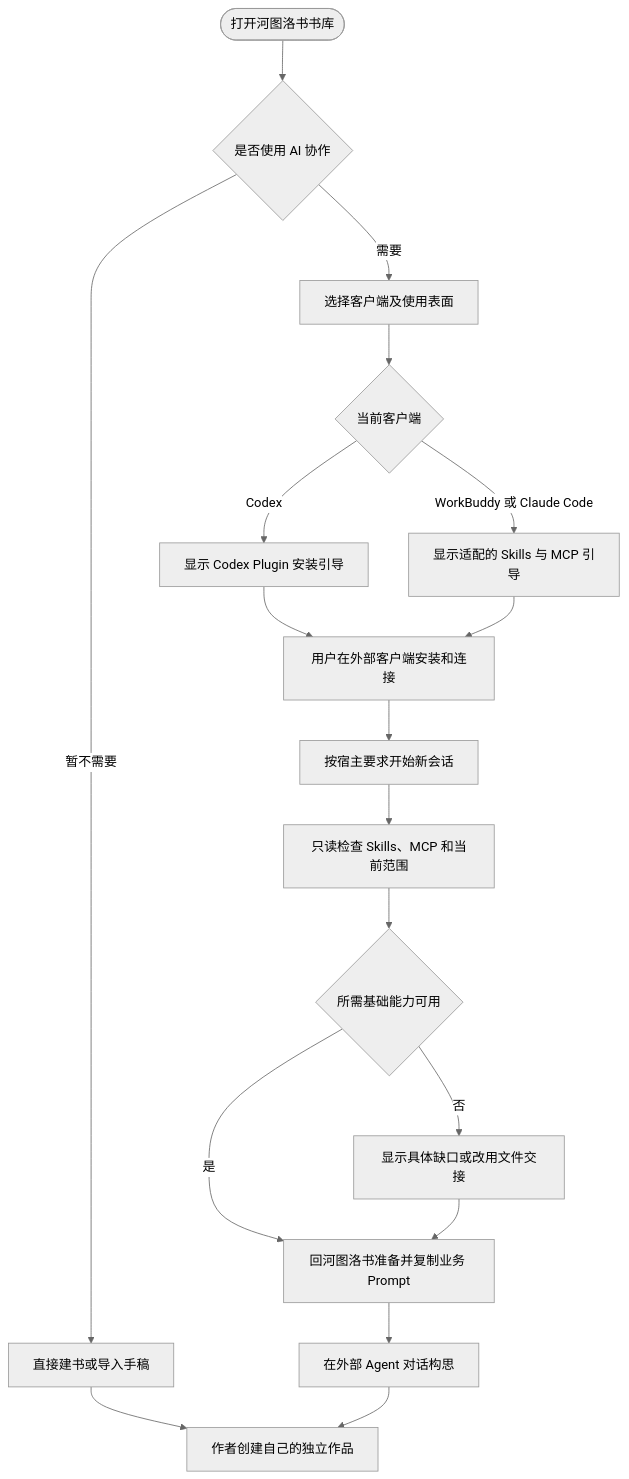
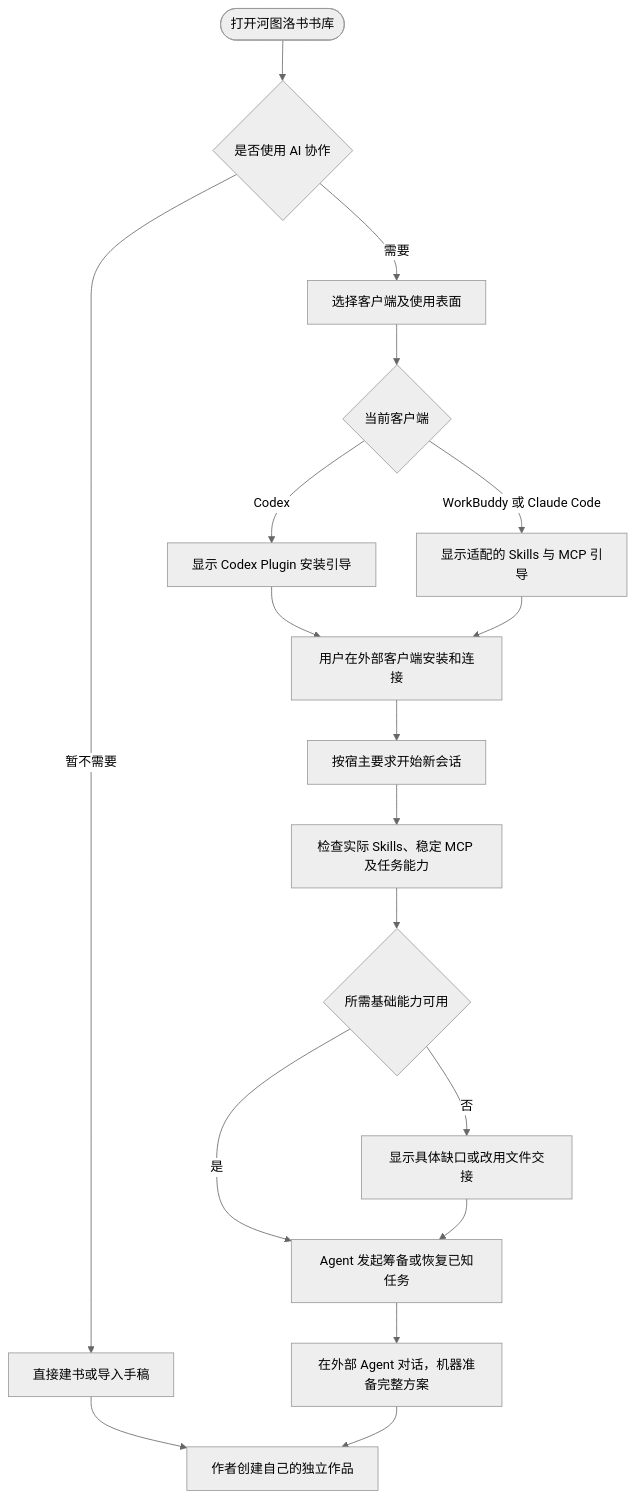
One commit to limecloud/hetu changed the third of 48 diagrams in docs/23-业务流程与MCP时序.md. Above: the diagram before and after it, drawn with Mermaid (neutral theme). The commit also changed other lines of this file and 993 other files, not shown here.

````diff
--- a/docs/23-业务流程与MCP时序.md
+++ b/docs/23-业务流程与MCP时序.md
@@ -73,20 +75,20 @@
 ```mermaid
 flowchart TD
     start(["打开河图洛书书库"]) --> mode{"是否使用 AI 协作"}
     mode -->|"暂不需要"| manual["直接建书或导入手稿"]
     mode -->|"需要"| choose["选择客户端及使用表面"]
     choose --> type{"当前客户端"}
     type -->|"Codex"| plugin["显示 Codex Plugin 安装引导"]
     type -->|"WorkBuddy 或 Claude Code"| skills["显示适配的 Skills 与 MCP 引导"]
     plugin --> install["用户在外部客户端安装和连接"]
     skills --> install
     install --> newSession["按宿主要求开始新会话"]
-    newSession --> check["只读检查 Skills、MCP 和当前范围"]
+    newSession --> check["检查实际 Skills、稳定 MCP 及任务能力"]
     check --> usable{"所需基础能力可用"}
-    usable -->|"是"| task["回河图洛书准备并复制业务 Prompt"]
+    usable -->|"是"| task["Agent 发起筹备或恢复已知任务"]
     usable -->|"否"| resolve["显示具体缺口或改用文件交接"]
     resolve --> task
     manual --> book["作者创建自己的独立作品"]
-    task --> concept["在外部 Agent 对话构思"]
+    task --> concept["在外部 Agent 对话，机器准备完整方案"]
     concept --> book
 ```
````
